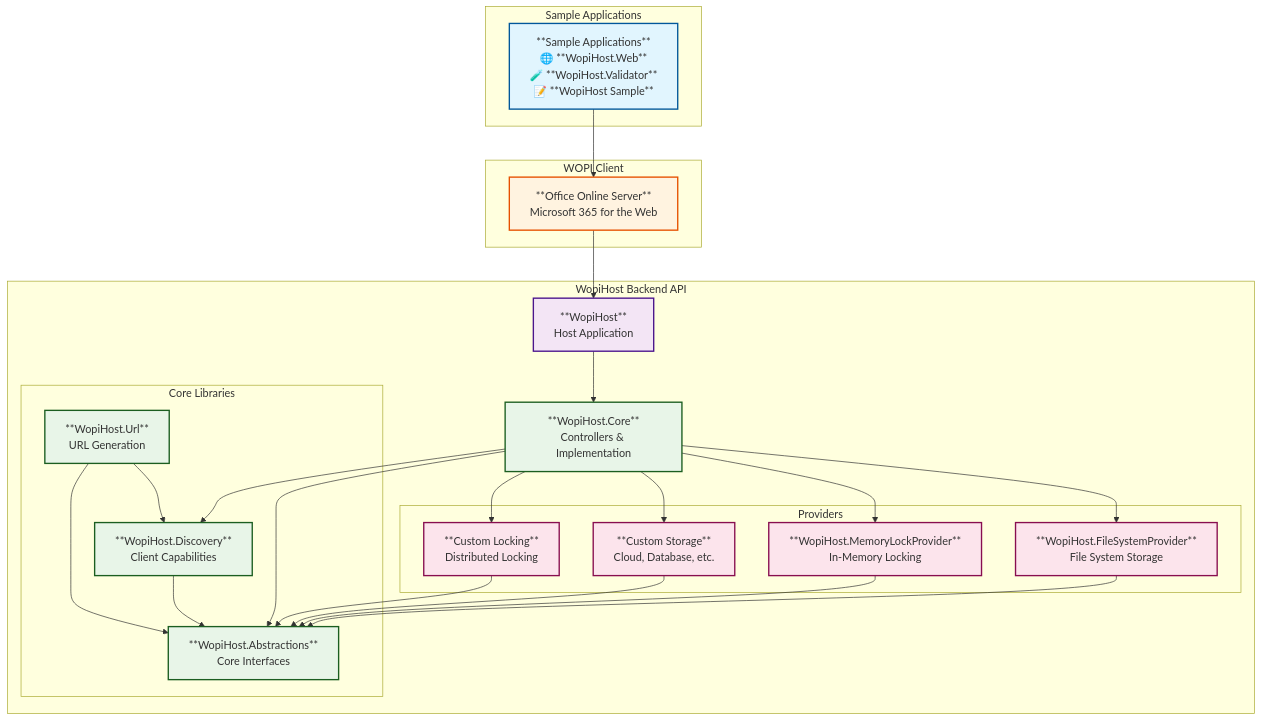
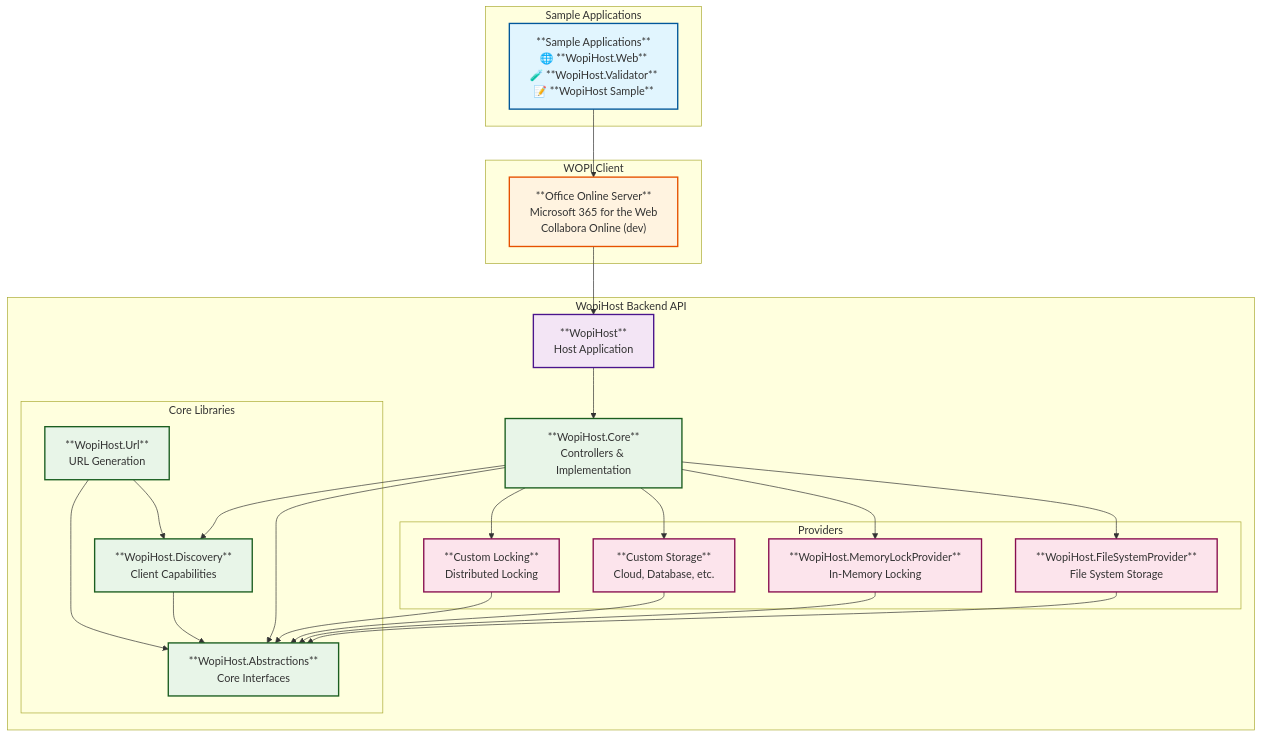
The diagram in README.md (petrsvihlik/WopiHost), drawn with Mermaid before and after one commit. The commit also changed other lines of this file and 3 other files, not shown here.

First line of the commit message:
feat(apphost): optional Collabora Online (CODE) container for end-to-end editing (#327)

````diff
--- a/README.md
+++ b/README.md
@@ -29,73 +29,73 @@
 ```mermaid
 graph TB
     subgraph "Sample Applications"
         SampleApps["**Sample Applications**<br/>🌐 **WopiHost.Web**<br/>🧪 **WopiHost.Validator**<br/>📝 **WopiHost Sample**"]
     end
     
     subgraph "WOPI Client"
-        OOS["**Office Online Server**<br/>Microsoft 365 for the Web"]
+        OOS["**Office Online Server**<br/>Microsoft 365 for the Web<br/>Collabora Online (dev)"]
     end
     
     subgraph "WopiHost Backend API"
         WopiHost["**WopiHost**<br/>Host Application"]
         Core["**WopiHost.Core**<br/>Controllers & Implementation"]
         
         subgraph "Core Libraries"
             Abstractions["**WopiHost.Abstractions**<br/>Core Interfaces"]
             Discovery["**WopiHost.Discovery**<br/>Client Capabilities"]
             Url["**WopiHost.Url**<br/>URL Generation"]
         end
         
         subgraph "Providers"
             FileSystem["**WopiHost.FileSystemProvider**<br/>File System Storage"]
             MemoryLock["**WopiHost.MemoryLockProvider**<br/>In-Memory Locking"]
             CustomStorage["**Custom Storage**<br/>Cloud, Database, etc."]
             CustomLock["**Custom Locking**<br/>Distributed Locking"]
         end
     end
     
     %% Sample apps embed WOPI client
     SampleApps --> OOS
     
     %% WOPI client depends on WopiHost backend
     OOS --> WopiHost
     
     %% WopiHost host app uses Core implementation
     WopiHost --> Core
     
     %% Core dependencies
     Core --> Abstractions
     Core --> Discovery
     
     %% Library dependencies
     Discovery --> Abstractions
     Url --> Discovery
     Url --> Abstractions
     
     %% Provider implementations
     FileSystem --> Abstractions
     MemoryLock --> Abstractions
     CustomStorage --> Abstractions
     CustomLock --> Abstractions
     
     %% Core uses providers
     Core --> FileSystem
     Core --> MemoryLock
     Core --> CustomStorage
     Core --> CustomLock
     
     %% Styling
     classDef sampleApp fill:#e1f5fe,stroke:#01579b,stroke-width:2px
     classDef wopiClient fill:#fff3e0,stroke:#e65100,stroke-width:2px
     classDef hostApp fill:#f3e5f5,stroke:#4a148c,stroke-width:2px
     classDef coreModule fill:#e8f5e8,stroke:#1b5e20,stroke-width:2px
     classDef libraryModule fill:#e8f5e8,stroke:#1b5e20,stroke-width:2px
     classDef providerModule fill:#fce4ec,stroke:#880e4f,stroke-width:2px
     
     class SampleApps sampleApp
     class OOS wopiClient
     class WopiHost hostApp
     class Core coreModule
     class Abstractions,Discovery,Url libraryModule
     class FileSystem,MemoryLock,CustomStorage,CustomLock providerModule
 ```
````
